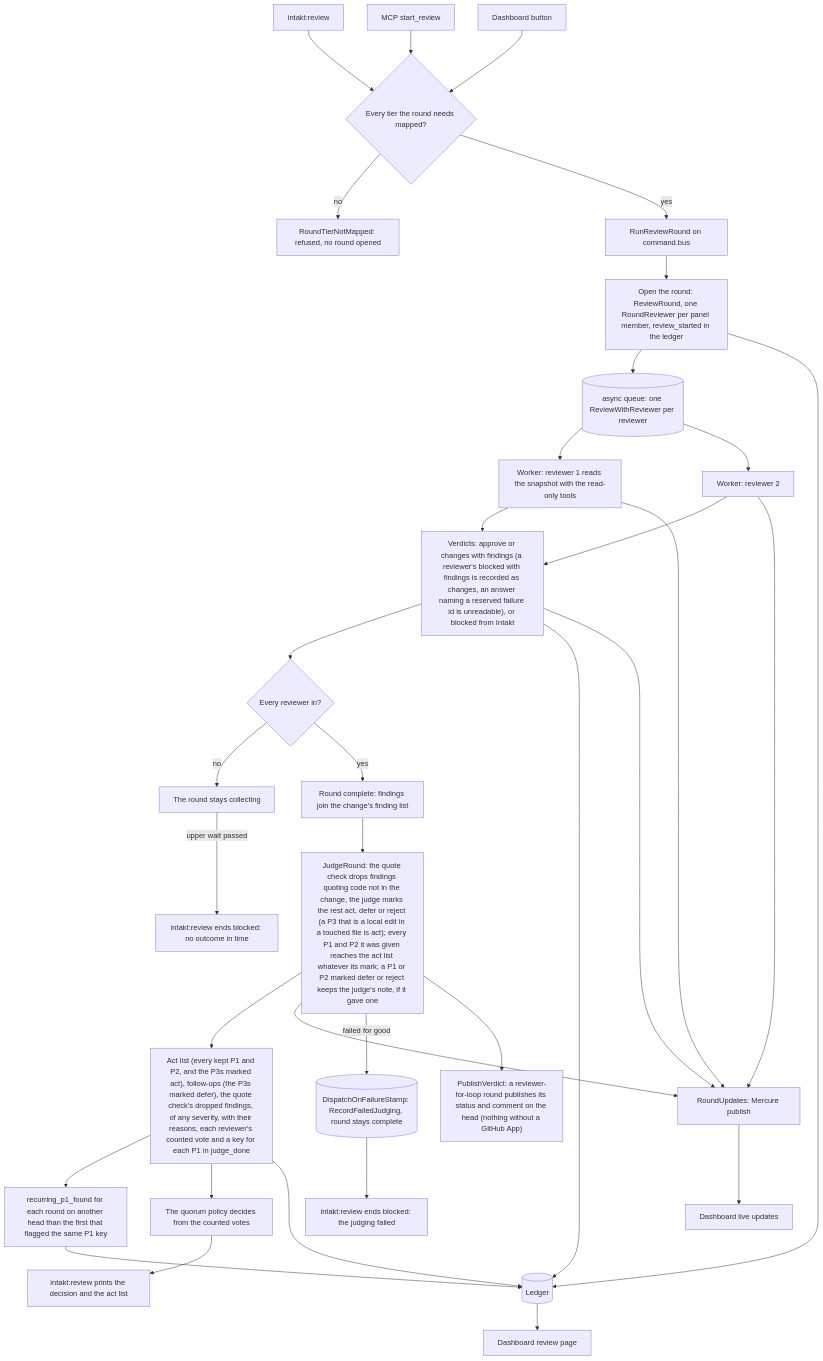
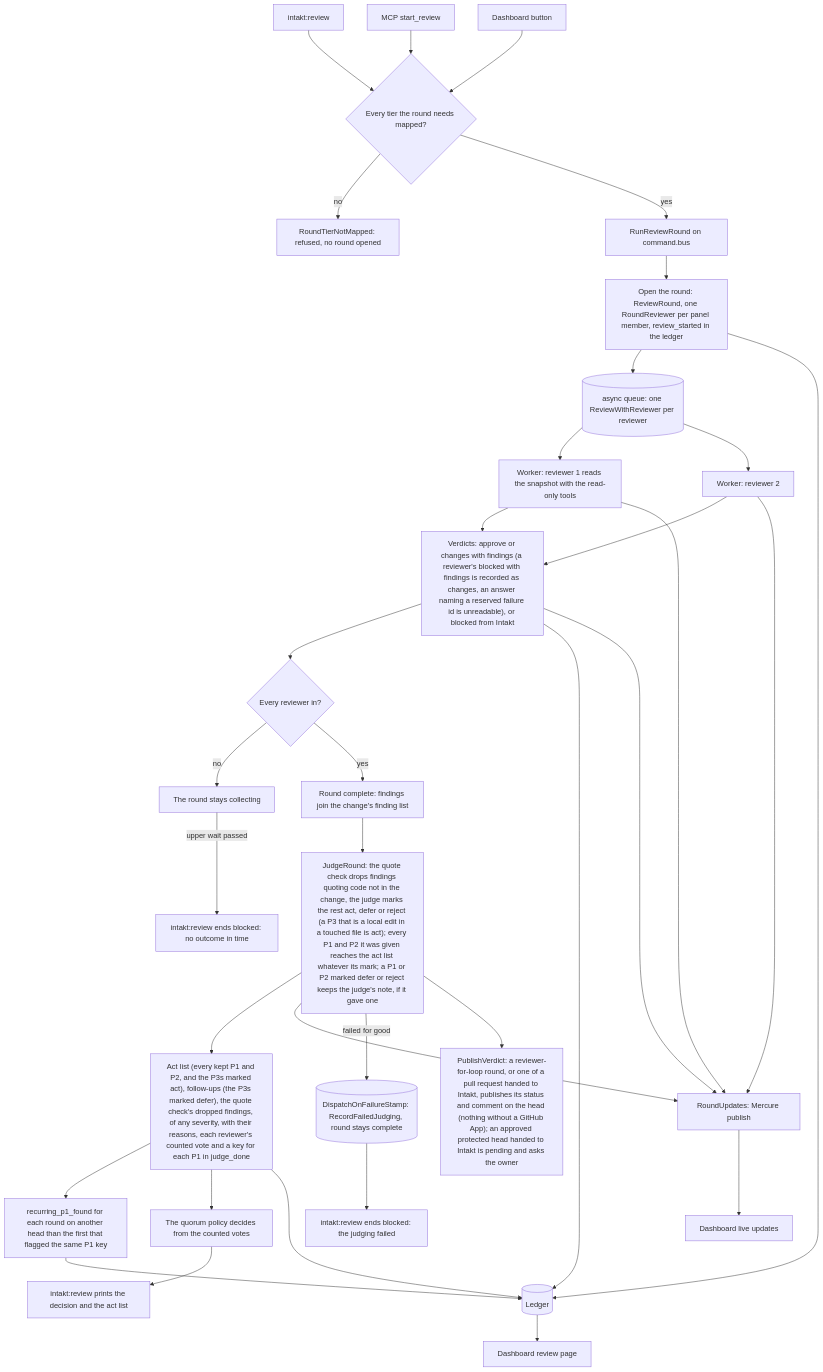
Before and after one commit to shinyredapples/intakt: the diagram in docs/architecture/review-flow.md, drawn with Mermaid. The commit also changed 8 other files, not shown here.

Commit message:
docs: describe the counted review and the owner ask on handed-over pull requests

````diff
--- a/docs/architecture/review-flow.md
+++ b/docs/architecture/review-flow.md
@@ -5,35 +5,35 @@
 ```mermaid
 flowchart TD
     cli["intakt:review"] --> start
     mcp["MCP start_review"] --> start
     btn["Dashboard button"] --> start
     start{"Every tier the round needs mapped?"} -->|no| refused["RoundTierNotMapped: refused, no round opened"]
     start -->|yes| run["RunReviewRound on command.bus"] --> open["Open the round: ReviewRound, one RoundReviewer per panel member, review_started in the ledger"]
     open --> queue[("async queue: one ReviewWithReviewer per reviewer")]
     queue --> w1["Worker: reviewer 1 reads the snapshot with the read-only tools"]
     queue --> w2["Worker: reviewer 2"]
     w1 --> verdicts["Verdicts: approve or changes with findings (a reviewer's blocked with findings is recorded as changes, an answer naming a reserved failure id is unreadable), or blocked from Intakt"]
     w2 --> verdicts
     verdicts --> complete{"Every reviewer in?"}
     complete -->|no| wait["The round stays collecting"]
     complete -->|yes| collected["Round complete: findings join the change's finding list"]
     collected --> judge["JudgeRound: the quote check drops findings quoting code not in the change, the judge marks the rest act, defer or reject (a P3 that is a local edit in a touched file is act); every P1 and P2 it was given reaches the act list whatever its mark; a P1 or P2 marked defer or reject keeps the judge's note, if it gave one"]
     judge --> act["Act list (every kept P1 and P2, and the P3s marked act), follow-ups (the P3s marked defer), the quote check's dropped findings, of any severity, with their reasons, each reviewer's counted vote and a key for each P1 in judge_done"]
     act --> recurring["recurring_p1_found for each round on another head than the first that flagged the same P1 key"]
     recurring --> ledger
     act --> quorum["The quorum policy decides from the counted votes"]
     act --> ledger[("Ledger")]
     open --> ledger
     verdicts --> ledger
     ledger --> dash["Dashboard review page"]
     w1 --> updates["RoundUpdates: Mercure publish"]
     w2 --> updates
     verdicts --> updates
     judge --> updates
     updates --> live["Dashboard live updates"]
     quorum --> out["intakt:review prints the decision and the act list"]
     judge -->|failed for good| failed[("DispatchOnFailureStamp: RecordFailedJudging, round stays complete")]
     failed --> outFailed["intakt:review ends blocked: the judging failed"]
     wait -->|upper wait passed| outLate["intakt:review ends blocked: no outcome in time"]
-    judge --> publish["PublishVerdict: a reviewer-for-loop round publishes its status and comment on the head (nothing without a GitHub App)"]
+    judge --> publish["PublishVerdict: a reviewer-for-loop round, or one of a pull request handed to Intakt, publishes its status and comment on the head (nothing without a GitHub App); an approved protected head handed to Intakt is pending and asks the owner"]
 ```
````
